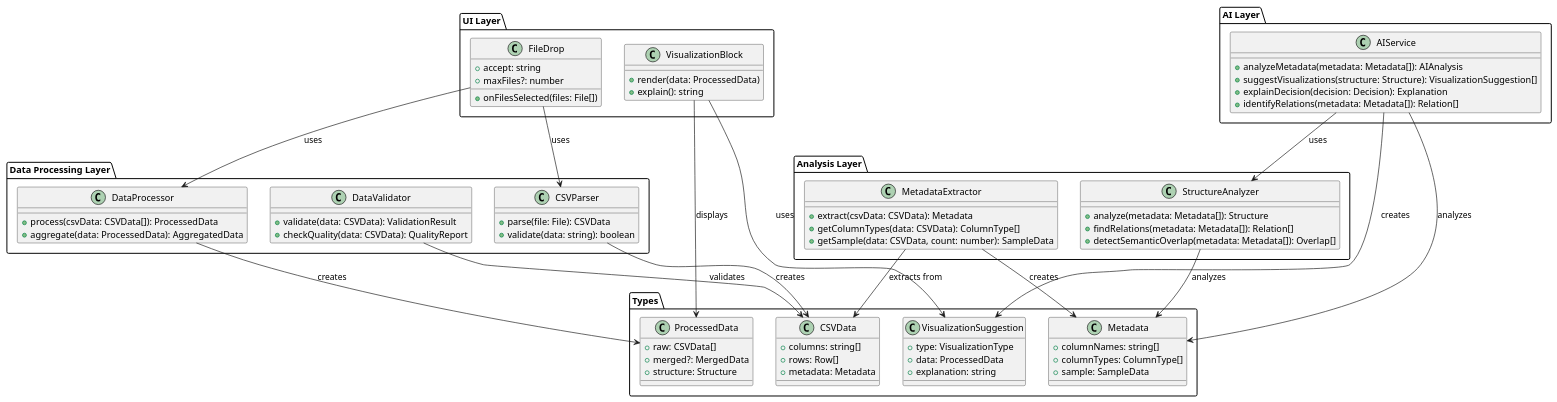
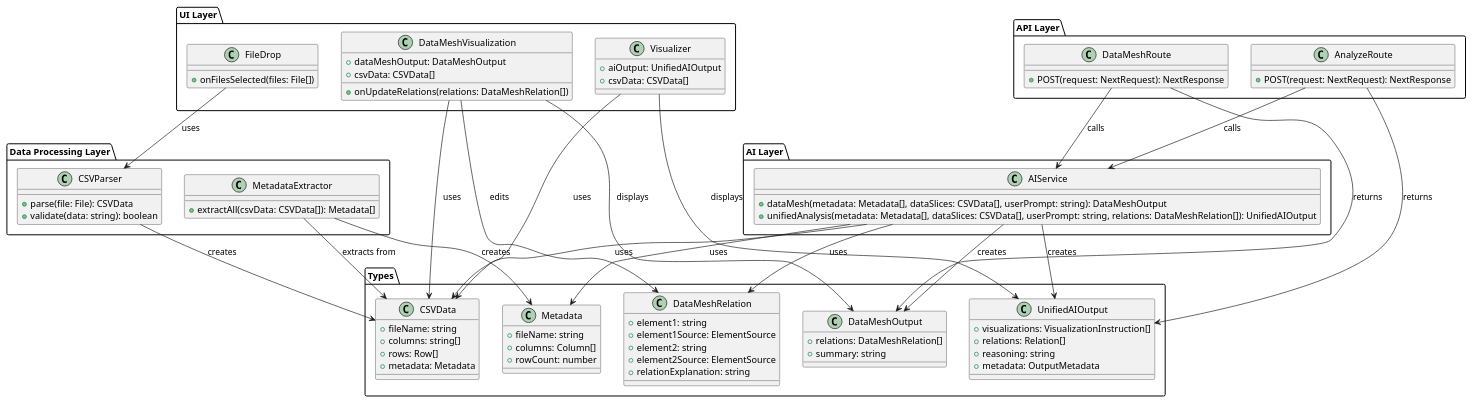
One commit to jschleg/revellio changed the diagram in README.md. Above: the diagram before and after it, drawn with PlantUML. The commit also changed other lines of this file and 4 other files, not shown here.

````diff
--- a/README.md
+++ b/README.md
@@ -92,13 +127,17 @@
 package "UI Layer" {
   class FileDrop {
     +onFilesSelected(files: File[])
-    +accept: string
-    +maxFiles?: number
   }
   
-  class VisualizationBlock {
-    +render(data: ProcessedData)
-    +explain(): string
+  class DataMeshVisualization {
+    +dataMeshOutput: DataMeshOutput
+    +csvData: CSVData[]
+    +onUpdateRelations(relations: DataMeshRelation[])
+  }
+  
+  class Visualizer {
+    +aiOutput: UnifiedAIOutput
+    +csvData: CSVData[]
   }
 }
 
@@ -108,84 +147,86 @@
     +validate(data: string): boolean
   }
   
-  class DataProcessor {
-    +process(csvData: CSVData[]): ProcessedData
-    +aggregate(data: ProcessedData): AggregatedData
-  }
-  
-  class DataValidator {
-    +validate(data: CSVData): ValidationResult
-    +checkQuality(data: CSVData): QualityReport
-  }
-}
-
-package "Analysis Layer" {
   class MetadataExtractor {
-    +extract(csvData: CSVData): Metadata
-    +getColumnTypes(data: CSVData): ColumnType[]
-    +getSample(data: CSVData, count: number): SampleData
-  }
-  
-  class StructureAnalyzer {
-    +analyze(metadata: Metadata[]): Structure
-    +findRelations(metadata: Metadata[]): Relation[]
-    +detectSemanticOverlap(metadata: Metadata[]): Overlap[]
+    +extractAll(csvData: CSVData[]): Metadata[]
   }
 }
 
 package "AI Layer" {
   class AIService {
-    +analyzeMetadata(metadata: Metadata[]): AIAnalysis
-    +suggestVisualizations(structure: Structure): VisualizationSuggestion[]
-    +explainDecision(decision: Decision): Explanation
-    +identifyRelations(metadata: Metadata[]): Relation[]
+    +dataMesh(metadata: Metadata[], dataSlices: CSVData[], userPrompt: string): DataMeshOutput
+    +unifiedAnalysis(metadata: Metadata[], dataSlices: CSVData[], userPrompt: string, relations: DataMeshRelation[]): UnifiedAIOutput
+  }
+}
+
+package "API Layer" {
+  class DataMeshRoute {
+    +POST(request: NextRequest): NextResponse
+  }
+  
+  class AnalyzeRoute {
+    +POST(request: NextRequest): NextResponse
   }
 }
 
 package "Types" {
   class CSVData {
+    +fileName: string
     +columns: string[]
     +rows: Row[]
     +metadata: Metadata
   }
   
   class Metadata {
-    +columnNames: string[]
-    +columnTypes: ColumnType[]
-    +sample: SampleData
+    +fileName: string
+    +columns: Column[]
+    +rowCount: number
   }
   
-  class ProcessedData {
-    +raw: CSVData[]
-    +merged?: MergedData
-    +structure: Structure
+  class DataMeshRelation {
+    +element1: string
+    +element1Source: ElementSource
+    +element2: string
+    +element2Source: ElementSource
+    +relationExplanation: string
   }
   
-  class VisualizationSuggestion {
-    +type: VisualizationType
-    +data: ProcessedData
-    +explanation: string
+  class DataMeshOutput {
+    +relations: DataMeshRelation[]
+    +summary: string
+  }
+  
+  class UnifiedAIOutput {
+    +visualizations: VisualizationInstruction[]
+    +relations: Relation[]
+    +reasoning: string
+    +metadata: OutputMetadata
   }
 }
 
 ' Relationships
 FileDrop --> CSVParser : uses
-FileDrop --> DataProcessor : uses
-
 CSVParser --> CSVData : creates
-DataProcessor --> ProcessedData : creates
-DataValidator --> CSVData : validates
-
 MetadataExtractor --> CSVData : extracts from
 MetadataExtractor --> Metadata : creates
-StructureAnalyzer --> Metadata : analyzes
 
-AIService --> Metadata : analyzes
-AIService --> StructureAnalyzer : uses
-AIService --> VisualizationSuggestion : creates
+DataMeshRoute --> AIService : calls
+DataMeshRoute --> DataMeshOutput : returns
+AnalyzeRoute --> AIService : calls
+AnalyzeRoute --> UnifiedAIOutput : returns
 
-VisualizationBlock --> ProcessedData : displays
-VisualizationBlock --> VisualizationSuggestion : uses
+AIService --> Metadata : uses
+AIService --> CSVData : uses
+AIService --> DataMeshOutput : creates
+AIService --> UnifiedAIOutput : creates
+AIService --> DataMeshRelation : uses
+
+DataMeshVisualization --> DataMeshOutput : displays
+DataMeshVisualization --> DataMeshRelation : edits
+DataMeshVisualization --> CSVData : uses
+
+Visualizer --> UnifiedAIOutput : displays
+Visualizer --> CSVData : uses
 
 @enduml
 ```
````
